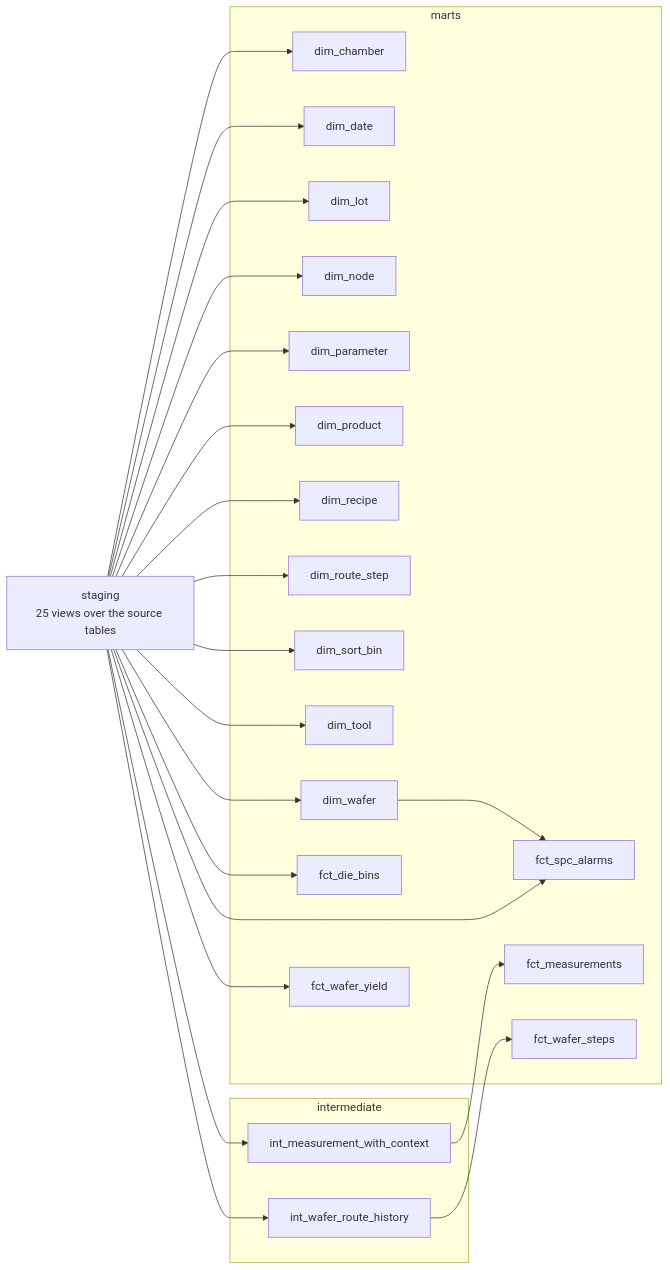
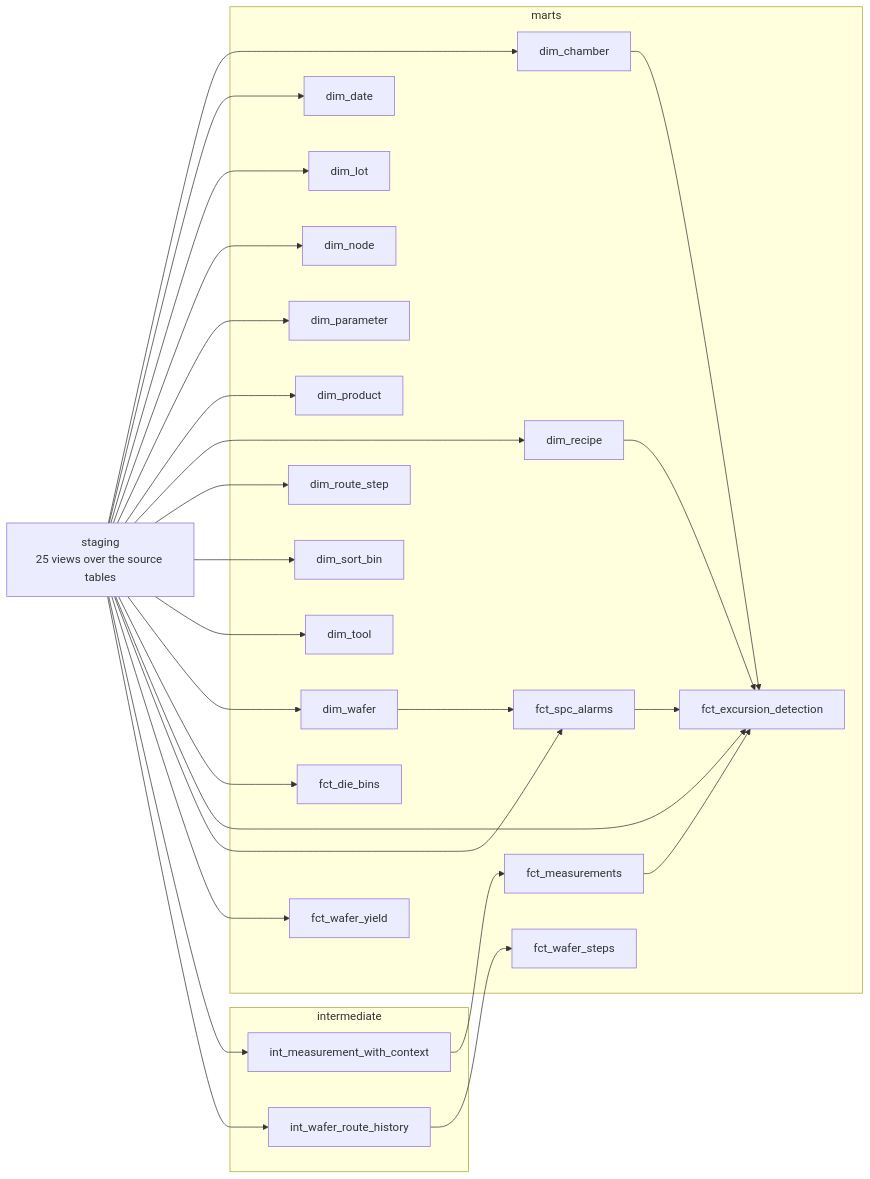
One commit to anson10/waferLens changed the diagram in docs/dbt.md. Above: the diagram before and after it, drawn with Mermaid. The commit also changed other lines of this file and 18 other files, not shown here.

First line of the commit message:
feat(spc): benchmark detection speed by simulation and against ground truth

````diff
--- a/docs/dbt.md
+++ b/docs/dbt.md
@@ -12,45 +12,51 @@
 ```mermaid
 flowchart LR
     staging["staging<br/>25 views over the source tables"]
     subgraph intermediate_layer [intermediate]
         int_measurement_with_context
         int_wafer_route_history
     end
     subgraph marts_layer [marts]
         dim_chamber
         dim_date
         dim_lot
         dim_node
         dim_parameter
         dim_product
         dim_recipe
         dim_route_step
         dim_sort_bin
         dim_tool
         dim_wafer
         fct_die_bins
+        fct_excursion_detection
         fct_measurements
         fct_spc_alarms
         fct_wafer_steps
         fct_wafer_yield
     end
+    dim_chamber --> fct_excursion_detection
+    dim_recipe --> fct_excursion_detection
     dim_wafer --> fct_spc_alarms
+    fct_measurements --> fct_excursion_detection
+    fct_spc_alarms --> fct_excursion_detection
     int_measurement_with_context --> fct_measurements
     int_wafer_route_history --> fct_wafer_steps
     staging --> dim_chamber
     staging --> dim_date
     staging --> dim_lot
     staging --> dim_node
     staging --> dim_parameter
     staging --> dim_product
     staging --> dim_recipe
     staging --> dim_route_step
     staging --> dim_sort_bin
     staging --> dim_tool
     staging --> dim_wafer
     staging --> fct_die_bins
+    staging --> fct_excursion_detection
     staging --> fct_spc_alarms
     staging --> fct_wafer_yield
     staging --> int_measurement_with_context
     staging --> int_wafer_route_history
 ```
````
